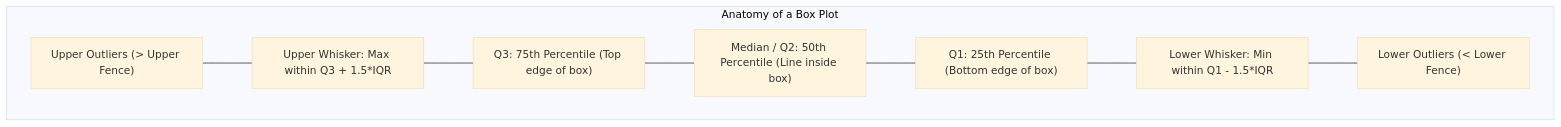
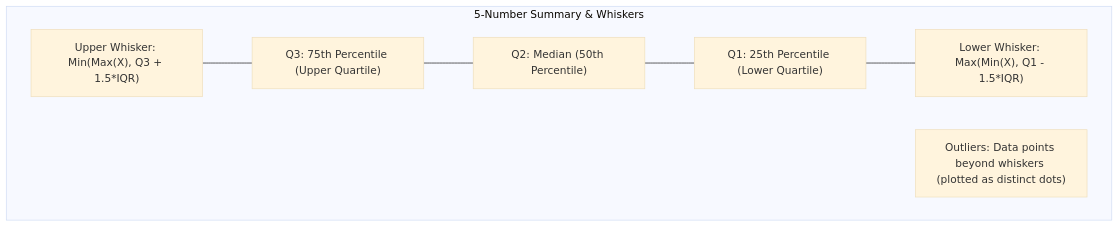
Before and after one commit to S1h2i3v4a/AI_ML: the diagram in lecture_19/Notes_19.04/README.md, drawn with Mermaid (base theme). The commit also changed other lines of this file and 203 other files, not shown here.

Commit message:
docs(lectures 19-21): align notes with video lectures, add blackboard diagrams, clean structured functions, and compile vector PDFs

````diff
--- a/lecture_19/Notes_19.04/README.md
+++ b/lecture_19/Notes_19.04/README.md
@@ -28,13 +10,15 @@
 ```mermaid
 flowchart TD
-    subgraph BoxPlotAnatomy["Anatomy of a Box Plot"]
-        A["Upper Outliers (> Upper Fence)"]
-        B["Upper Whisker: Max within Q3 + 1.5*IQR"]
-        C["Q3: 75th Percentile (Top edge of box)"]
-        D["Median / Q2: 50th Percentile (Line inside box)"]
-        E["Q1: 25th Percentile (Bottom edge of box)"]
-        F["Lower Whisker: Min within Q1 - 1.5*IQR"]
-        G["Lower Outliers (< Lower Fence)"]
+    subgraph BoxPlotAnatomy["5-Number Summary & Whiskers"]
+        UF["Upper Whisker: Min(Max(X), Q3 + 1.5*IQR)"]
+        Q3["Q3: 75th Percentile (Upper Quartile)"]
+        Med["Q2: Median (50th Percentile)"]
+        Q1["Q1: 25th Percentile (Lower Quartile)"]
+        LF["Lower Whisker: Max(Min(X), Q1 - 1.5*IQR)"]
+        Outliers["Outliers: Data points beyond whiskers (plotted as distinct dots)"]
     end
-    A --- B --- C --- D --- E --- F --- G
+    UF --- Q3
+    Q3 --- Med
+    Med --- Q1
+    Q1 --- LF
 ```
````
